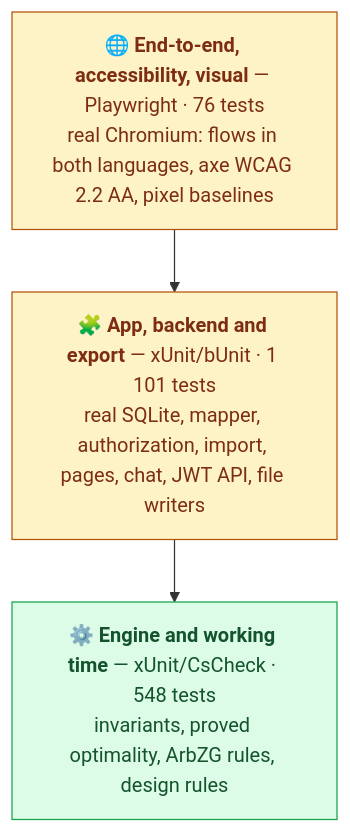
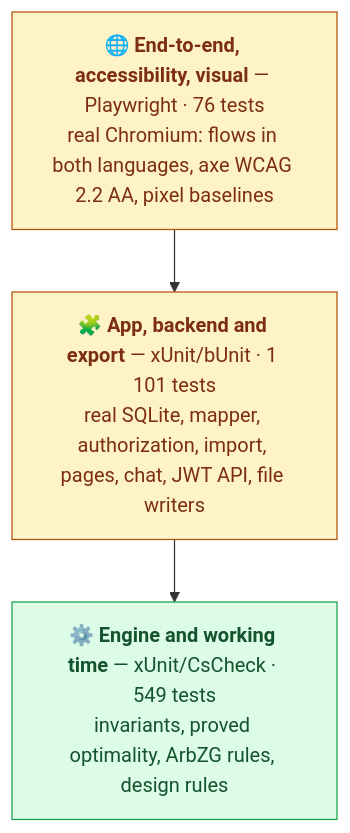
Before and after one commit to aco993/WorkPlanStudio: the diagram in docs/TESTING.md, drawn with Mermaid. The commit also changed other lines of this file and 4 other files, not shown here.

````diff
--- a/docs/TESTING.md
+++ b/docs/TESTING.md
@@ -12,13 +12,13 @@
 ```mermaid
 graph TD
     E2E["🌐 <b>End-to-end, accessibility, visual</b> — Playwright · 76 tests<br/>real Chromium: flows in both languages, axe WCAG 2.2 AA, pixel baselines"]
     APP["🧩 <b>App, backend and export</b> — xUnit/bUnit · 1 101 tests<br/>real SQLite, mapper, authorization, import, pages, chat, JWT API, file writers"]
-    UNIT["⚙️ <b>Engine and working time</b> — xUnit/CsCheck · 548 tests<br/>invariants, proved optimality, ArbZG rules, design rules"]
+    UNIT["⚙️ <b>Engine and working time</b> — xUnit/CsCheck · 549 tests<br/>invariants, proved optimality, ArbZG rules, design rules"]
 
     E2E --> APP --> UNIT
 
     classDef fast fill:#dcfce7,stroke:#16a34a,color:#14532d;
     classDef slow fill:#fef3c7,stroke:#b45309,color:#7c2d12;
     class UNIT fast;
     class APP,E2E slow;
 ```
````
